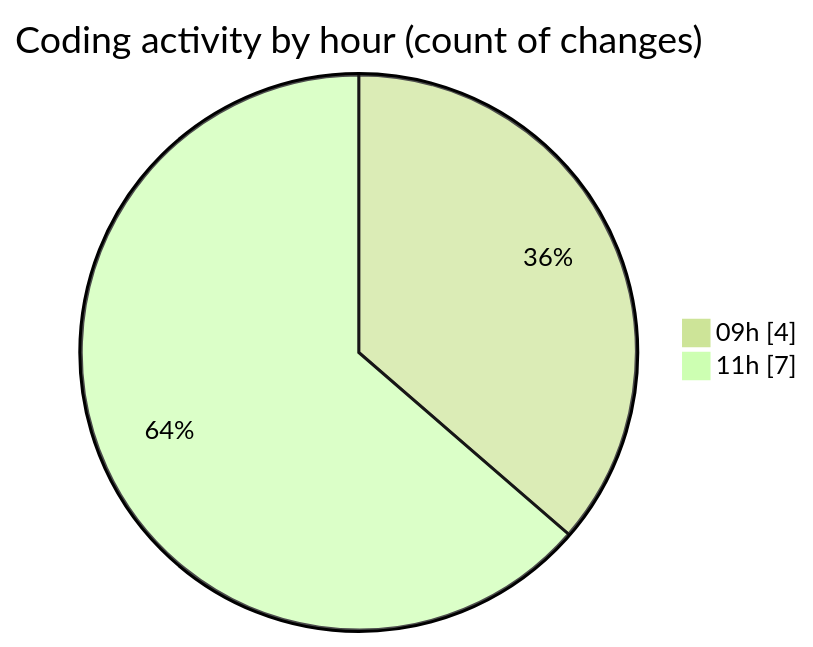
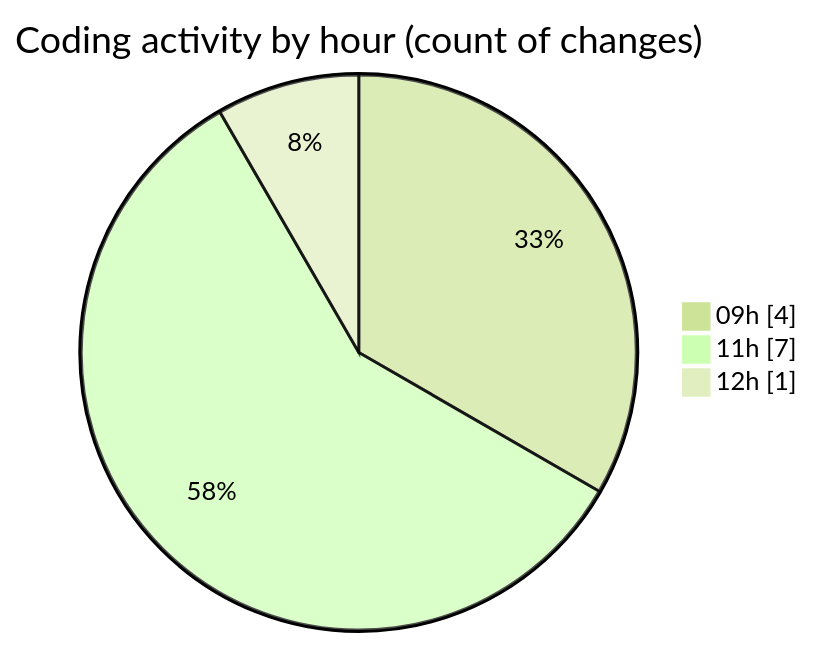
Before and after one commit to ricardozamudiocil/code-tracking: the second of 2 diagrams in 2026-03-31/cilapp/README.md, drawn with Mermaid (forest theme). The commit also changed other lines of this file and 1 other file, not shown here.

````diff
--- a/2026-03-31/cilapp/README.md
+++ b/2026-03-31/cilapp/README.md
@@ -28,6 +30,7 @@
 ```mermaid
 pie showData
 title Coding activity by hour (count of changes)
 "09h" : 4
 "11h" : 7
+"12h" : 1
 ```
````
